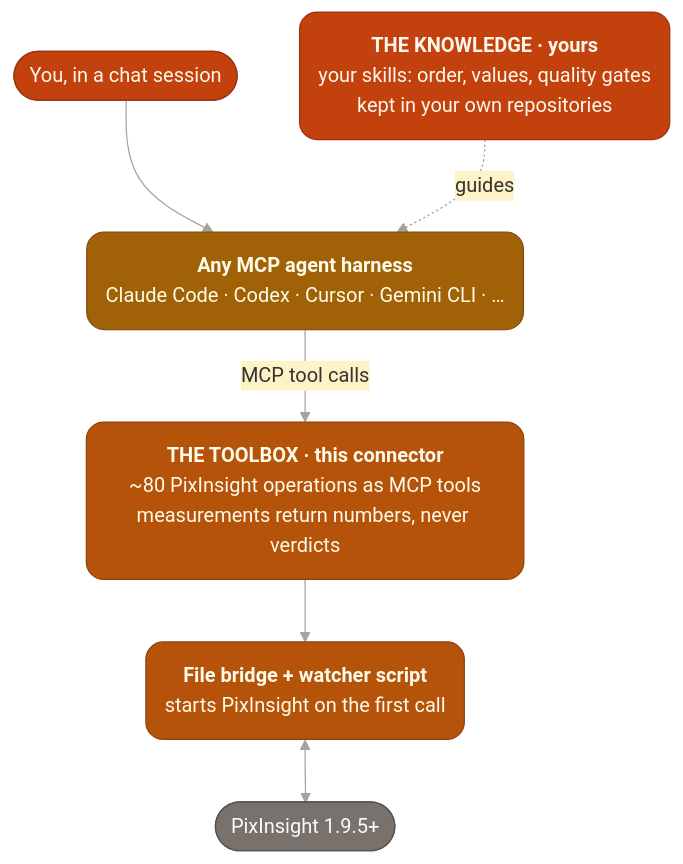
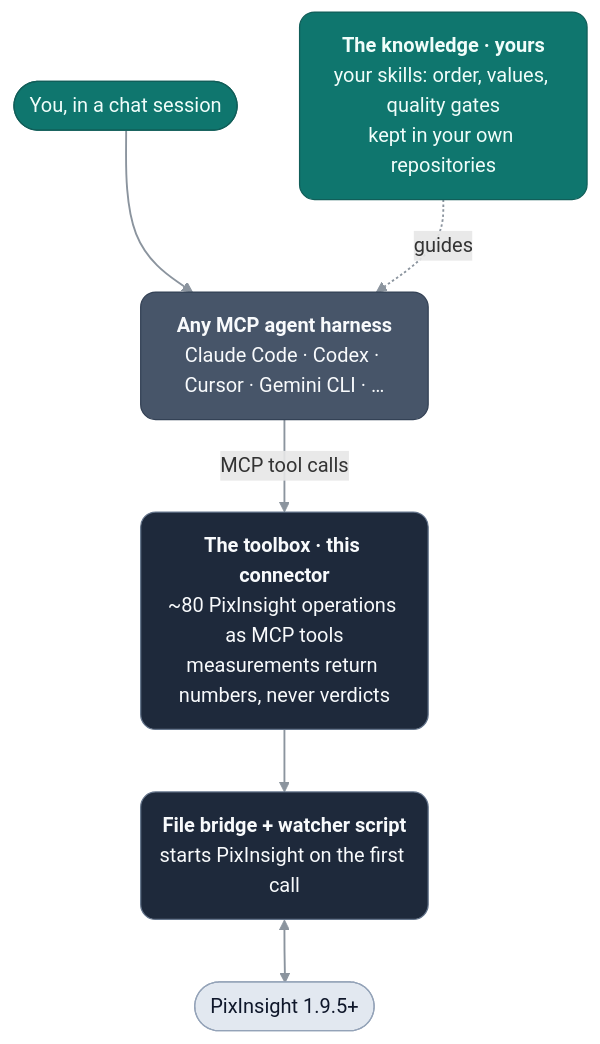
The diagram in README.md (mxcoppell/pixinsight-connector), drawn with Mermaid before and after one commit.

Commit message:
README: graphite and teal diagram palette with a system sans-serif font (#2)

````diff
--- a/README.md
+++ b/README.md
@@ -16,19 +16,20 @@
 ```mermaid
-%%{init: {'theme': 'base', 'flowchart': {'wrappingWidth': 320}, 'themeVariables': {'fontFamily': 'ui-sans-serif, system-ui, sans-serif', 'lineColor': '#a8a29e', 'textColor': '#78716c', 'edgeLabelBackground': '#fef3c7'}}}%%
+%%{init: {'theme': 'base', 'flowchart': {'wrappingWidth': 400, 'curve': 'basis', 'padding': 18}, 'themeVariables': {'fontFamily': "-apple-system, BlinkMacSystemFont, 'Segoe UI', Inter, Helvetica, Arial, sans-serif", 'lineColor': '#94a3b8', 'textColor': '#334155', 'edgeLabelBackground': '#e2e8f0'}}}%%
 flowchart TB
-    classDef know fill:#c2410c,stroke:#9a3412,stroke-width:1px,color:#fff7ed,rx:14,ry:14
-    classDef harness fill:#a16207,stroke:#854d0e,stroke-width:1px,color:#fefce8,rx:14,ry:14
-    classDef tool fill:#b45309,stroke:#92400e,stroke-width:1px,color:#fffbeb,rx:14,ry:14
-    classDef app fill:#78716c,stroke:#57534e,stroke-width:1px,color:#fafaf9
+    classDef know fill:#0f766e,stroke:#115e59,color:#f0fdfa,stroke-width:1px,rx:12,ry:12
+    classDef harness fill:#475569,stroke:#334155,color:#f8fafc,stroke-width:1px,rx:12,ry:12
+    classDef tool fill:#1e293b,stroke:#64748b,color:#f8fafc,stroke-width:1px,rx:12,ry:12
+    classDef app fill:#e2e8f0,stroke:#94a3b8,color:#0f172a,stroke-width:1px
     You(["You, in a chat session"]):::know
-    Skills("<b>THE KNOWLEDGE · yours</b><br/>your skills: order, values, quality gates<br/>kept in your own repositories"):::know
+    Skills("<b>The knowledge · yours</b><br/>your skills: order, values, quality gates<br/>kept in your own repositories"):::know
     Harness("<b>Any MCP agent harness</b><br/>Claude Code · Codex · Cursor · Gemini CLI · …"):::harness
-    Tools("<b>THE TOOLBOX · this connector</b><br/>~80 PixInsight operations as MCP tools<br/>measurements return numbers, never verdicts"):::tool
+    Tools("<b>The toolbox · this connector</b><br/>~80 PixInsight operations as MCP tools<br/>measurements return numbers, never verdicts"):::tool
     Bridge("<b>File bridge + watcher script</b><br/>starts PixInsight on the first call"):::tool
     PI(["PixInsight 1.9.5+"]):::app
     You --> Harness
     Skills -. guides .-> Harness
     Harness -- MCP tool calls --> Tools
     Tools --> Bridge
     Bridge <--> PI
+    linkStyle default stroke:#8b949e,stroke-width:1.5px
 ```
````
